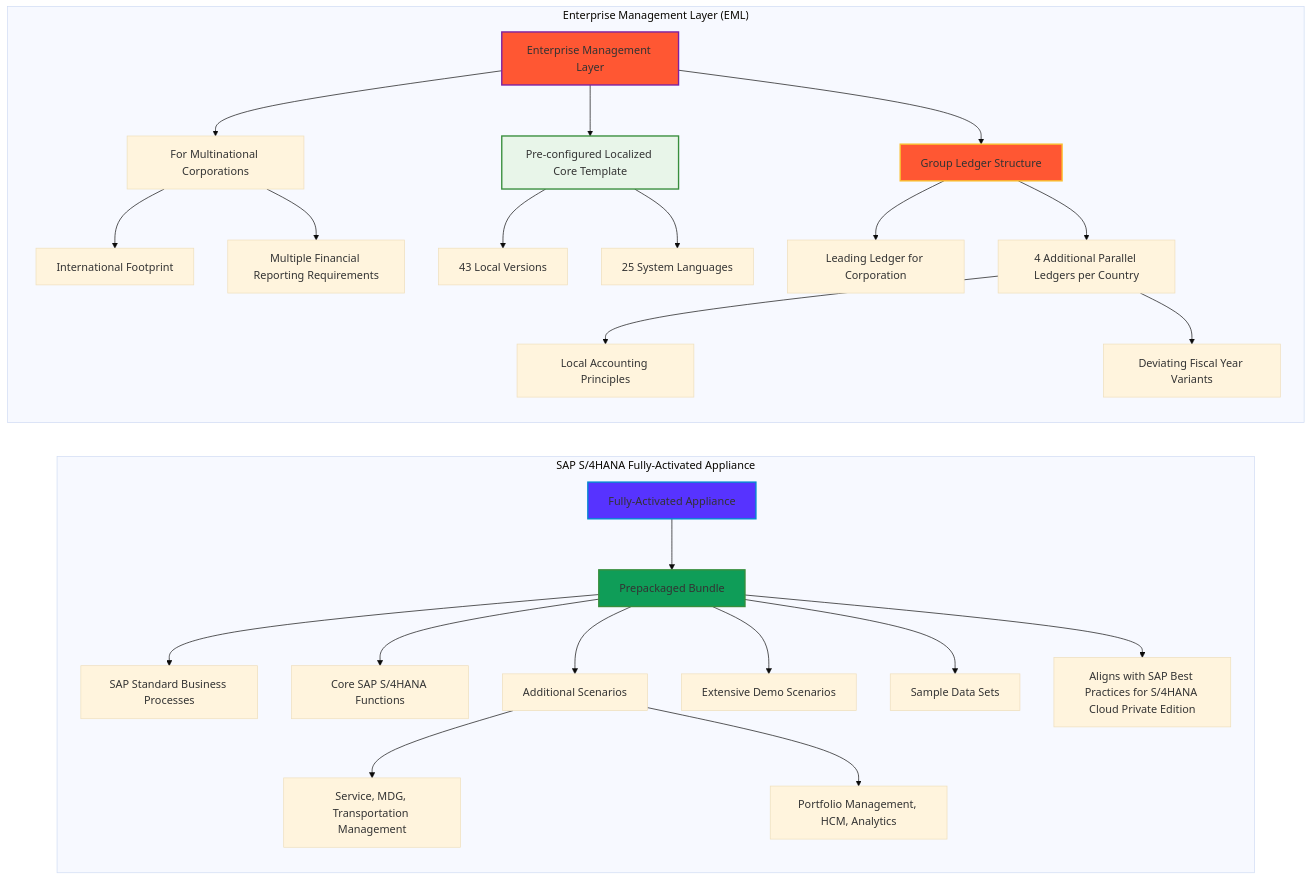
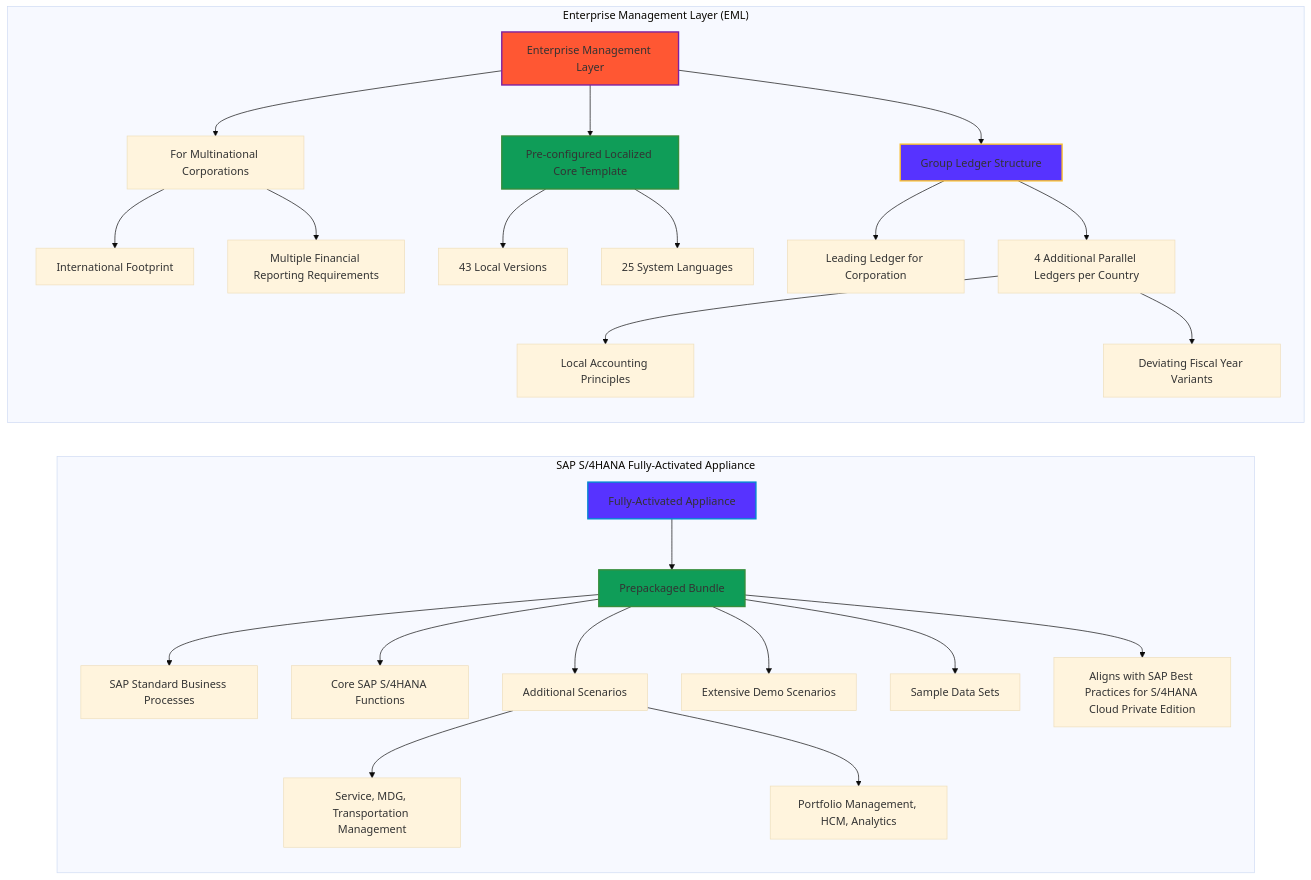
Before and after one commit to sapflashcards/S4CPE: the diagram in eml-vs-appliance.md, drawn with Mermaid (base theme).

````diff
--- a/eml-vs-appliance.md
+++ b/eml-vs-appliance.md
@@ -1,34 +1,34 @@
 ```mermaid
 graph LR
     subgraph "SAP S/4HANA Fully-Activated Appliance"
         A[Fully-Activated Appliance] --> B[Prepackaged Bundle]
         B --> C[SAP Standard Business Processes]
         B --> D[Core SAP S/4HANA Functions]
         B --> E[Additional Scenarios]
         E --> F[Service, MDG, Transportation Management]
         E --> G[Portfolio Management, HCM, Analytics]
         B --> H[Extensive Demo Scenarios]
         B --> I[Sample Data Sets]
         B --> J[Aligns with SAP Best Practices for S/4HANA Cloud Private Edition]
     end
     
     subgraph "Enterprise Management Layer (EML)"
         K[Enterprise Management Layer] --> L[For Multinational Corporations]
         L --> M[International Footprint]
         L --> N[Multiple Financial Reporting Requirements]
         K --> O[Pre-configured Localized Core Template]
         O --> P[43 Local Versions]
         O --> Q[25 System Languages]
         K --> R[Group Ledger Structure]
         R --> S[Leading Ledger for Corporation]
         R --> T[4 Additional Parallel Ledgers per Country]
         T --> U[Local Accounting Principles]
         T --> V[Deviating Fiscal Year Variants]
     end
     
     style A fill:#5733FF,stroke:#0288d1,stroke-width:2px
     style K fill:#FF5733,stroke:#7b1fa2,stroke-width:2px
     style B fill:#0F9D58,stroke:#388e3c,stroke-width:2px
-    style O fill:#e8f5e9,stroke:#388e3c,stroke-width:2px
-    style R fill:#FF5733,stroke:#fbc02d,stroke-width:2px
+    style O fill:#0F9D58,stroke:#388e3c,stroke-width:2px
+    style R fill:#5733FF,stroke:#fbc02d,stroke-width:2px
 ```
````
